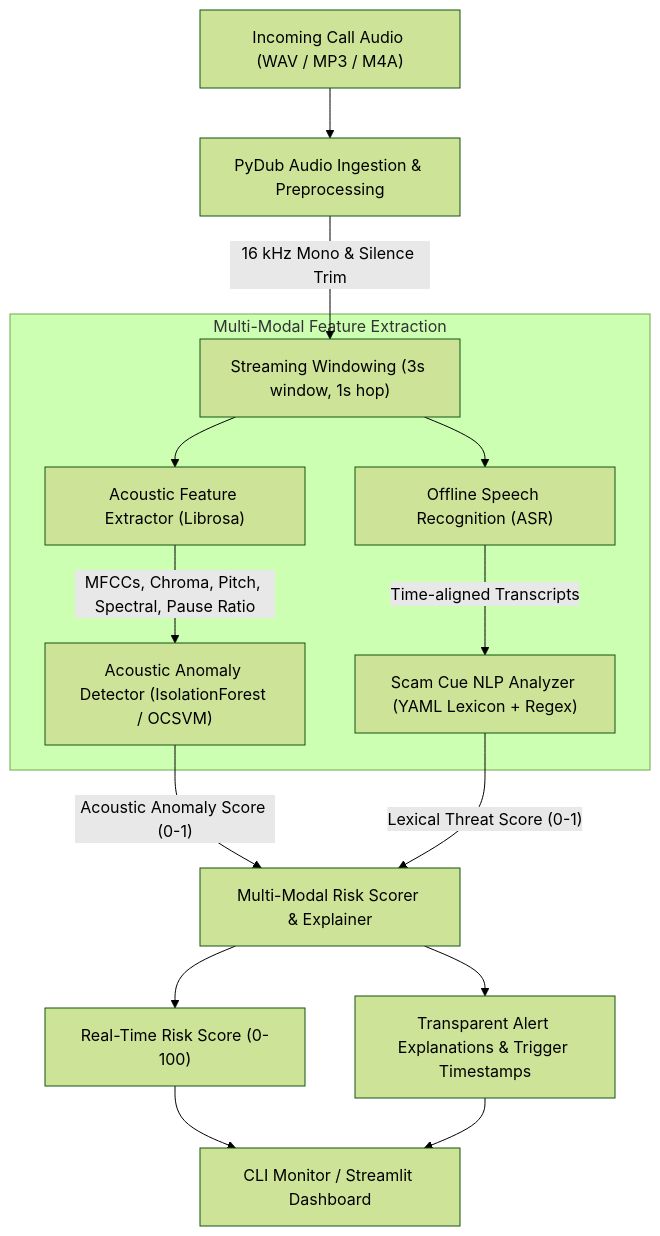
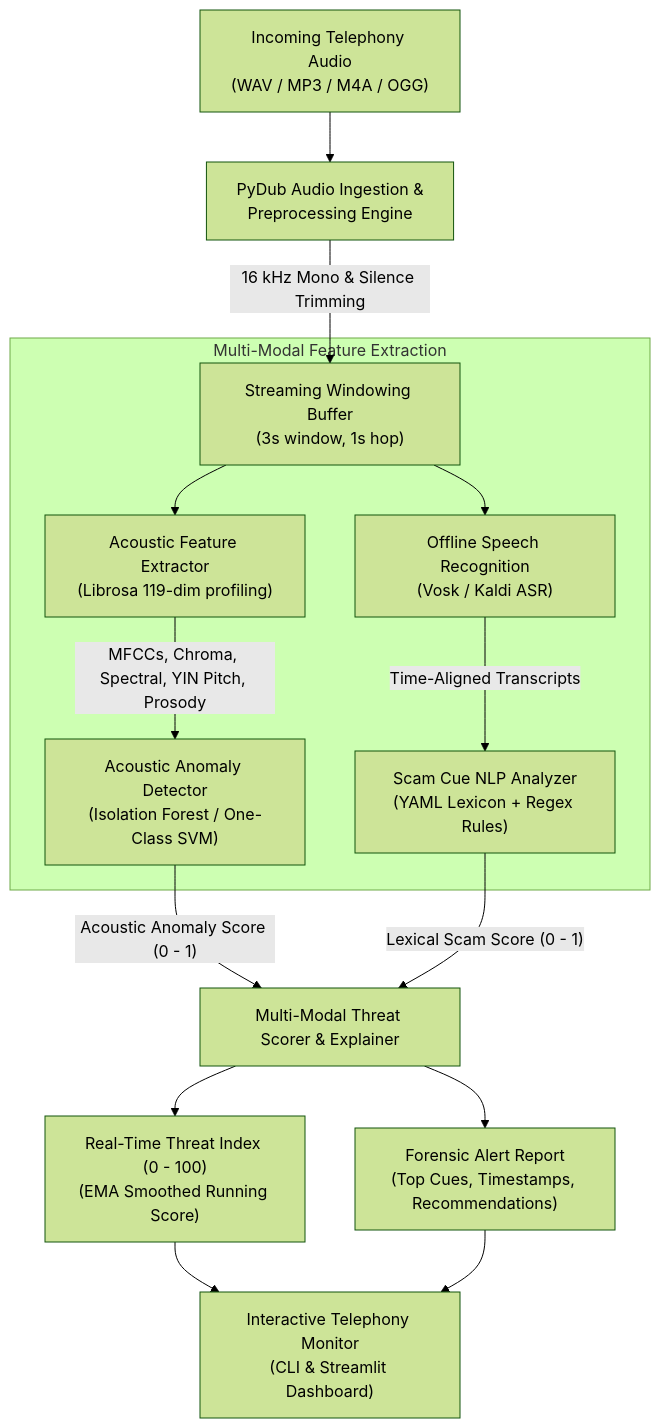
The diagram in README.md (Adhiraj2601/voice-phishing-detection), drawn with Mermaid (forest theme) before and after one commit. The commit also changed other lines of this file and 14 other files, not shown here.

````diff
--- a/README.md
+++ b/README.md
@@ -13,22 +14,22 @@
 ```mermaid
 flowchart TD
-    A["Incoming Call Audio (WAV / MP3 / M4A)"] --> B["PyDub Audio Ingestion & Preprocessing"]
-    B -->|"16 kHz Mono & Silence Trim"| C["Streaming Windowing (3s window, 1s hop)"]
+    A["Incoming Telephony Audio\n(WAV / MP3 / M4A / OGG)"] --> B["PyDub Audio Ingestion &\nPreprocessing Engine"]
+    B -->|"16 kHz Mono & Silence Trimming"| C["Streaming Windowing Buffer\n(3s window, 1s hop)"]
     
     subgraph Multi-Modal Feature Extraction
-        C --> D["Acoustic Feature Extractor (Librosa)"]
-        C --> E["Offline Speech Recognition (ASR)"]
+        C --> D["Acoustic Feature Extractor\n(Librosa 119-dim profiling)"]
+        C --> E["Offline Speech Recognition\n(Vosk / Kaldi ASR)"]
         
-        D -->|"MFCCs, Chroma, Pitch, Spectral, Pause Ratio"| F["Acoustic Anomaly Detector (IsolationForest / OCSVM)"]
-        E -->|"Time-aligned Transcripts"| G["Scam Cue NLP Analyzer (YAML Lexicon + Regex)"]
+        D -->|"MFCCs, Chroma, Spectral, YIN Pitch, Prosody"| F["Acoustic Anomaly Detector\n(Isolation Forest / One-Class SVM)"]
+        E -->|"Time-Aligned Transcripts"| G["Scam Cue NLP Analyzer\n(YAML Lexicon + Regex Rules)"]
     end
     
-    F -->|"Acoustic Anomaly Score (0-1)"| H["Multi-Modal Risk Scorer & Explainer"]
-    G -->|"Lexical Threat Score (0-1)"| H
+    F -->|"Acoustic Anomaly Score (0 - 1)"| H["Multi-Modal Threat Scorer & Explainer"]
+    G -->|"Lexical Scam Score (0 - 1)"| H
     
-    H --> I["Real-Time Risk Score (0-100)"]
-    H --> J["Transparent Alert Explanations & Trigger Timestamps"]
+    H --> I["Real-Time Threat Index (0 - 100)\n(EMA Smoothed Running Score)"]
+    H --> J["Forensic Alert Report\n(Top Cues, Timestamps, Recommendations)"]
     
-    I --> K["CLI Monitor / Streamlit Dashboard"]
+    I --> K["Interactive Telephony Monitor\n(CLI & Streamlit Dashboard)"]
     J --> K
 ```
````
